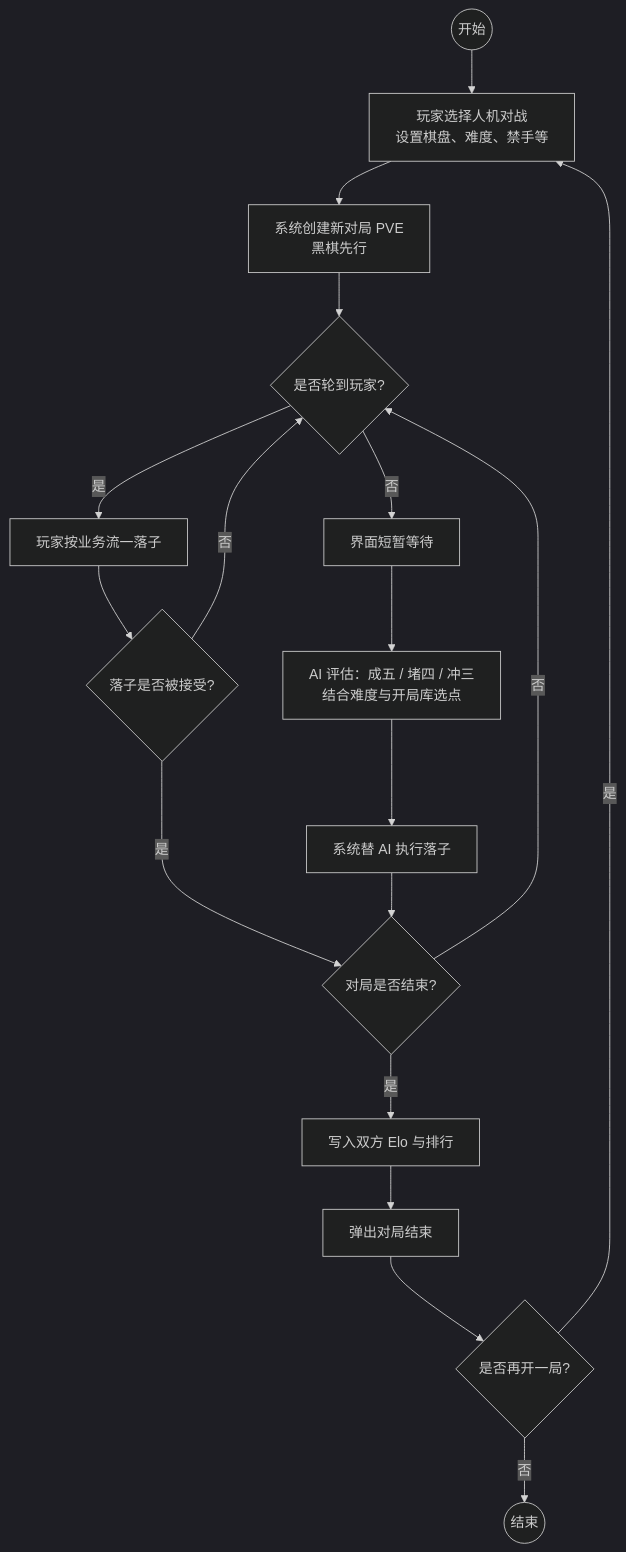
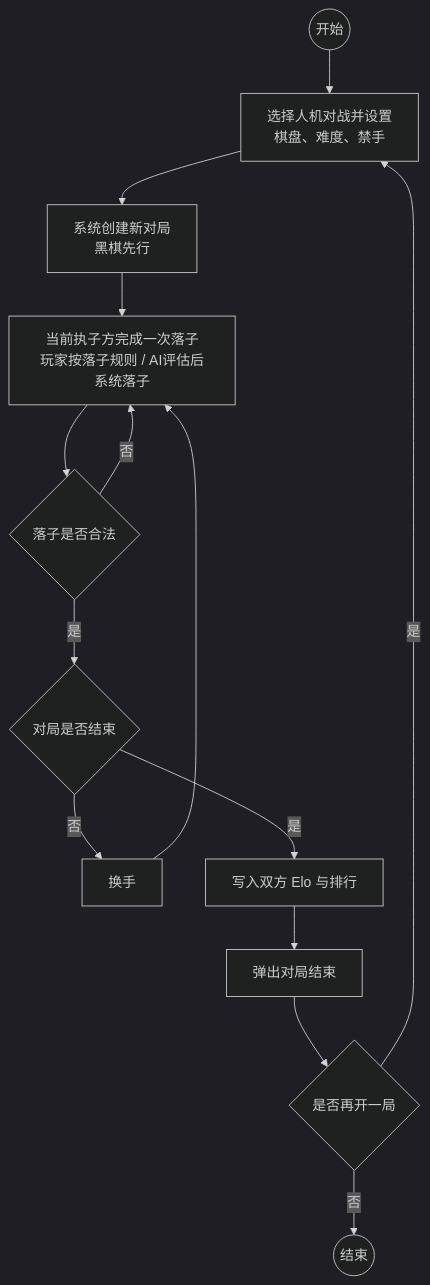
One commit to HYL926HHH/- changed the diagram in docs/images/flow2-pve.mmd. Above: the diagram before and after it, drawn with Mermaid (dark theme). The commit also changed 5 other files, not shown here.

First line of the commit message:
Rewrite the PVE activity diagram as a single business flow.

```diff
--- a/docs/images/flow2-pve.mmd
+++ b/docs/images/flow2-pve.mmd
@@ -1,18 +1,14 @@
 flowchart TD
-    start2((开始)) --> set[玩家选择人机对战<br/>设置棋盘、难度、禁手等]
-    set --> newg[系统创建新对局 PVE<br/>黑棋先行]
-    newg --> whose{是否轮到玩家?}
-    whose -->|是| human[玩家按业务流一落子]
-    human --> acc{落子是否被接受?}
-    acc -->|否| whose
-    acc -->|是| over2{对局是否结束?}
-    whose -->|否| waitAi[界面短暂等待]
-    waitAi --> think[AI 评估：成五 / 堵四 / 冲三<br/>结合难度与开局库选点]
-    think --> aicommit[系统替 AI 执行落子]
-    aicommit --> over2
-    over2 -->|否| whose
-    over2 -->|是| rate[写入双方 Elo 与排行]
-    rate --> dlg[弹出对局结束]
-    dlg --> again{是否再开一局?}
+    start2((开始)) --> set[选择人机对战并设置<br/>棋盘、难度、禁手]
+    set --> newg[系统创建新对局<br/>黑棋先行]
+    newg --> place[当前执子方完成一次落子<br/>玩家按落子规则 / AI评估后系统落子]
+    place --> ok{落子是否合法}
+    ok -->|否| place
+    ok -->|是| ended{对局是否结束}
+    ended -->|否| swap[换手]
+    swap --> place
+    ended -->|是| elo[写入双方 Elo 与排行]
+    elo --> dlg[弹出对局结束]
+    dlg --> again{是否再开一局}
     again -->|是| set
-    again -->|否| end2((结束))
+    again -->|否| stop((结束))
```
